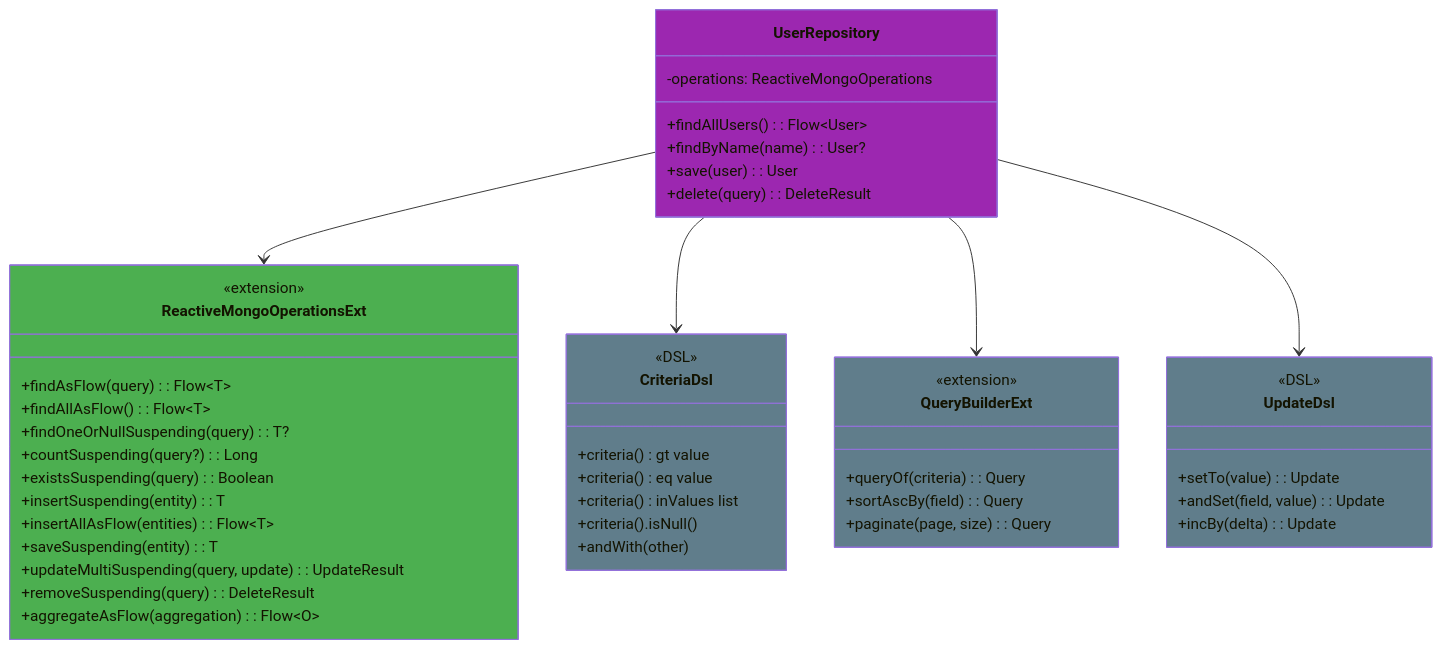
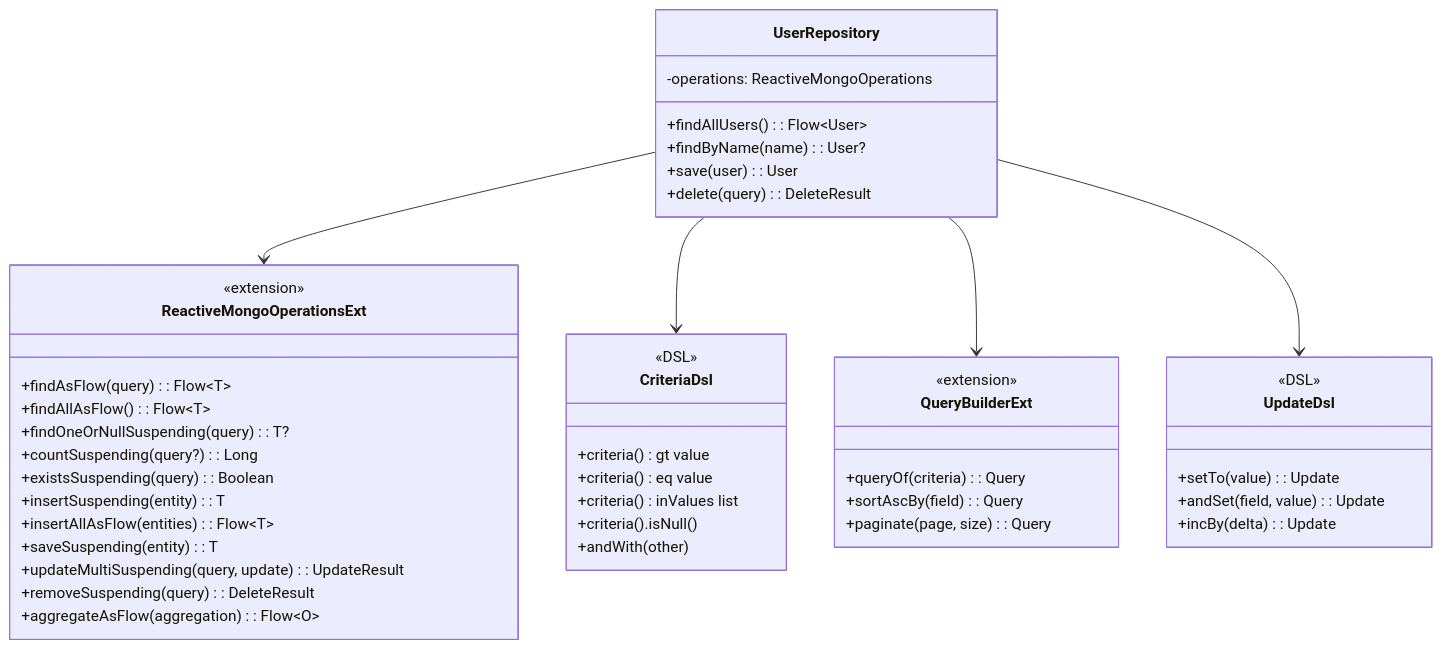
One commit to bluetape4k/bluetape4k-projects changed the first of 4 diagrams in spring-boot4/mongodb/README.md. Above: the diagram before and after it, drawn with Mermaid. The commit also changed other lines of this file and 95 other files, not shown here.

First line of the commit message:
docs: Mermaid 파서 오류 전체 수정 (IntelliJ IDEA 호환)

````diff
--- a/spring-boot4/mongodb/README.md
+++ b/spring-boot4/mongodb/README.md
@@ -108,55 +108,49 @@
 ```mermaid
 classDiagram
-    class ReactiveMongoOperationsExt:::serviceStyle {
+    class ReactiveMongoOperationsExt {
         <<extension>>
         +findAsFlow(query): Flow~T~
         +findAllAsFlow(): Flow~T~
         +findOneOrNullSuspending(query): T?
         +countSuspending(query?): Long
         +existsSuspending(query): Boolean
         +insertSuspending(entity): T
         +insertAllAsFlow(entities): Flow~T~
         +saveSuspending(entity): T
         +updateMultiSuspending(query, update): UpdateResult
         +removeSuspending(query): DeleteResult
         +aggregateAsFlow(aggregation): Flow~O~
     }
-    class CriteriaDsl:::configStyle {
+    class CriteriaDsl {
         <<DSL>>
         +criteria() gt value
         +criteria() eq value
         +criteria() inValues list
         +criteria().isNull()
         +andWith(other)
     }
-    class QueryBuilderExt:::configStyle {
+    class QueryBuilderExt {
         <<extension>>
         +queryOf(criteria): Query
         +sortAscBy(field): Query
         +paginate(page, size): Query
     }
-    class UpdateDsl:::configStyle {
+    class UpdateDsl {
         <<DSL>>
         +setTo(value): Update
         +andSet(field, value): Update
         +incBy(delta): Update
     }
-    class UserRepository:::repoStyle {
+    class UserRepository {
         -operations: ReactiveMongoOperations
         +findAllUsers(): Flow~User~
         +findByName(name): User?
         +save(user): User
         +delete(query): DeleteResult
     }
-    classDef controllerStyle fill:#2196F3
-    classDef serviceStyle fill:#4CAF50
-    classDef repoStyle fill:#9C27B0
-    classDef entityStyle fill:#FF9800
-    classDef configStyle fill:#607D8B
-    classDef cacheStyle fill:#F44336
 
     UserRepository --> ReactiveMongoOperationsExt
     UserRepository --> CriteriaDsl
     UserRepository --> QueryBuilderExt
     UserRepository --> UpdateDsl
 ```
````
